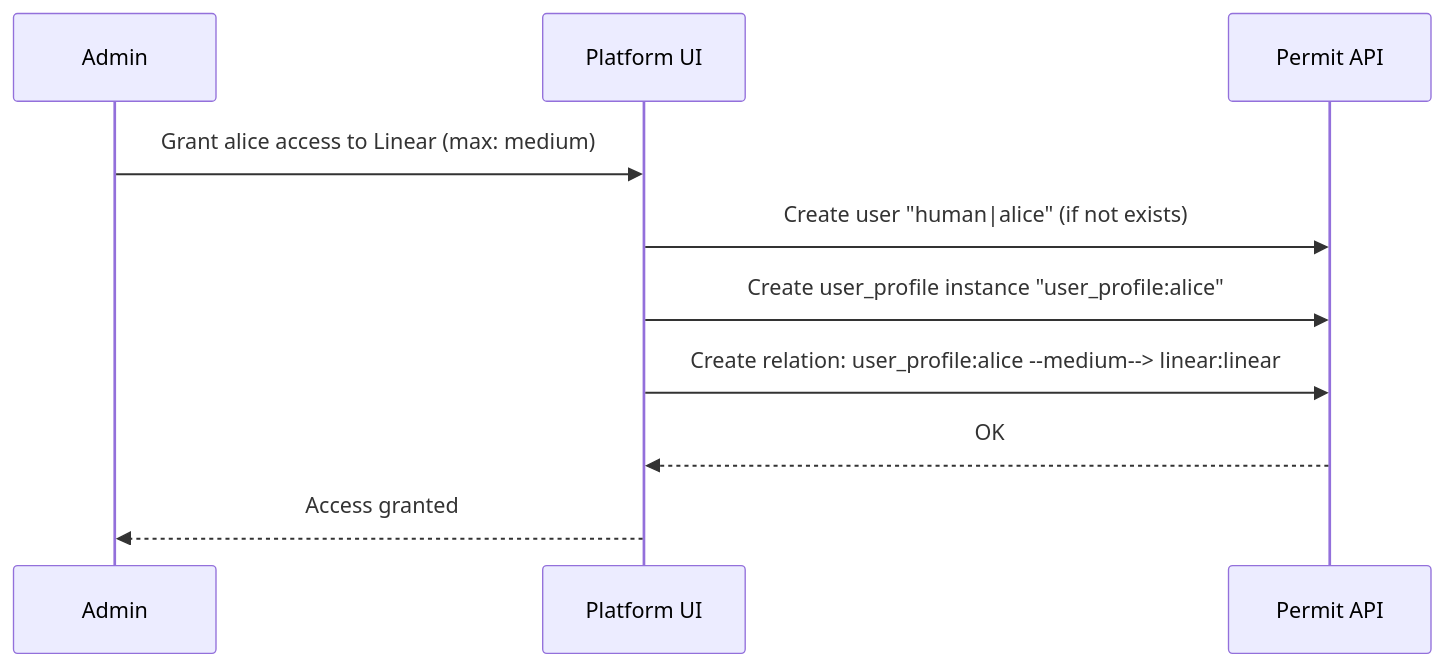
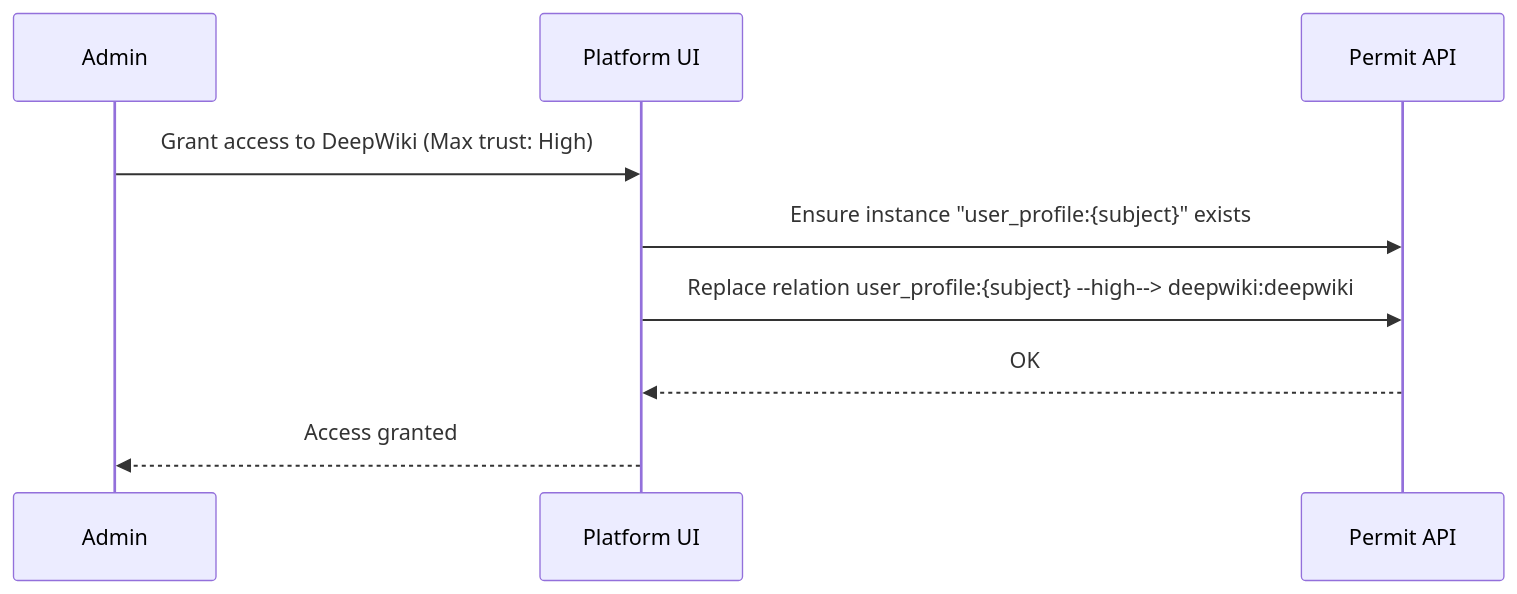
Before and after one commit to permitio/docs: the fourth of 6 diagrams in docs/permit-mcp-gateway/permit-integration.mdx, drawn with Mermaid. The commit also changed other lines of this file and 126 other files, not shown here.

````diff
--- a/docs/permit-mcp-gateway/permit-integration.mdx
+++ b/docs/permit-mcp-gateway/permit-integration.mdx
@@ -182,13 +194,12 @@
 ```mermaid
 sequenceDiagram
     participant Admin
     participant Platform as Platform UI
     participant Permit as Permit API
 
-    Admin->>Platform: Grant alice access to Linear (max: medium)
-    Platform->>Permit: Create user "human|alice" (if not exists)
-    Platform->>Permit: Create user_profile instance "user_profile:alice"
-    Platform->>Permit: Create relation: user_profile:alice --medium--> linear:linear
+    Admin->>Platform: Grant access to DeepWiki (Max trust: High)
+    Platform->>Permit: Ensure instance "user_profile:{subject}" exists
+    Platform->>Permit: Replace relation user_profile:{subject} --high--> deepwiki:deepwiki
     Permit-->>Platform: OK
     Platform-->>Admin: Access granted
 ```
````
